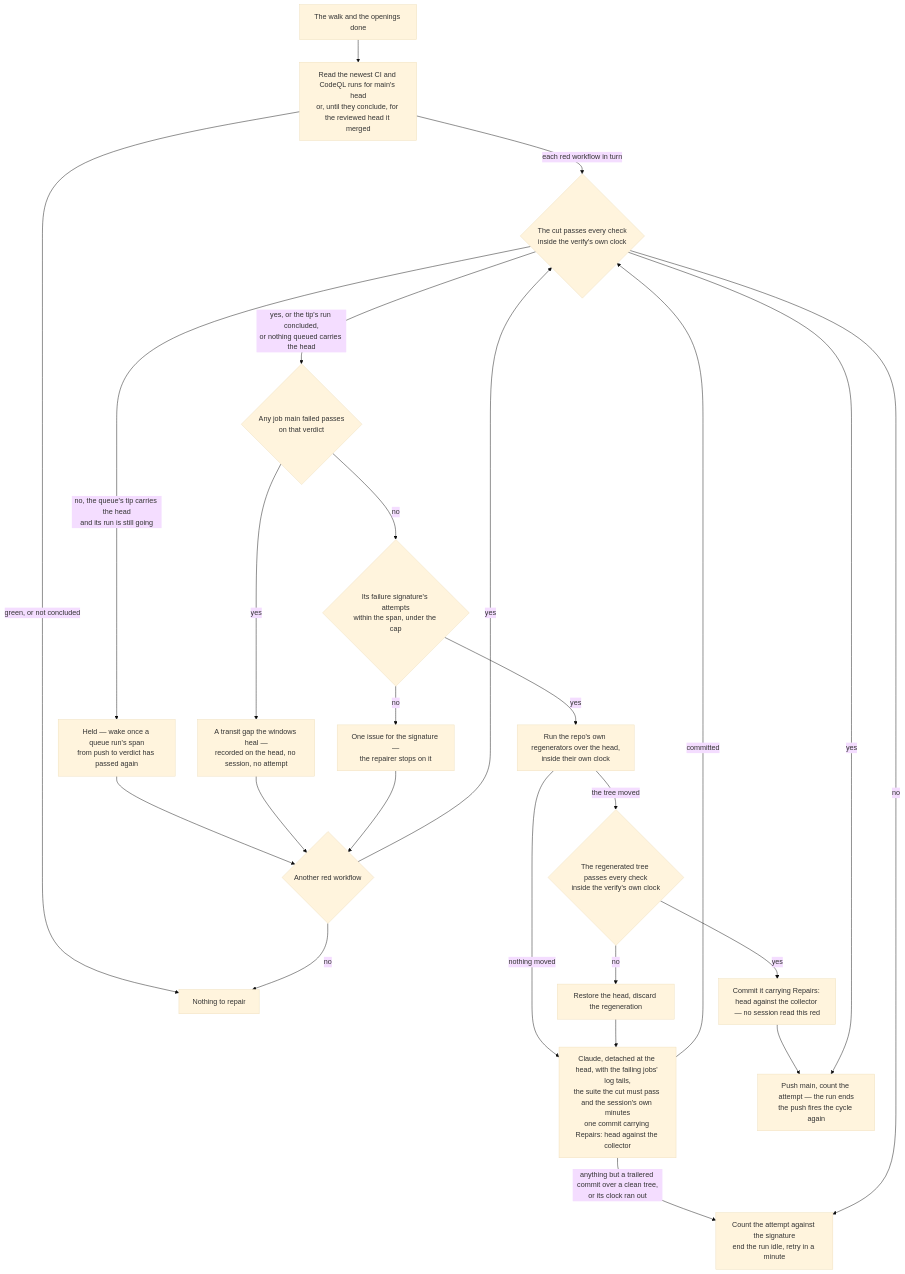
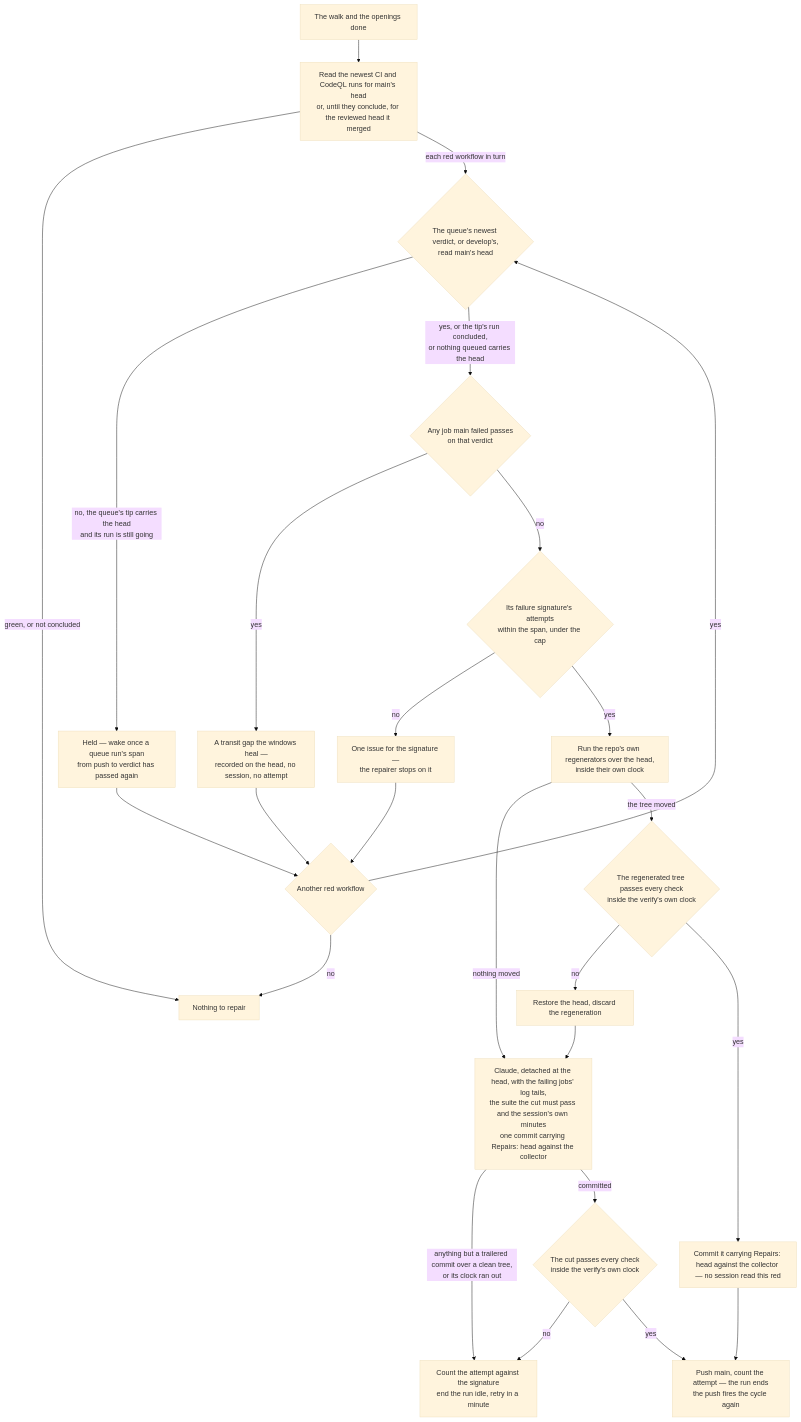
One commit to Esposter/Esposter changed the diagram in apps/web/content/docs/infra/review-collector/repair.md. Above: the diagram before and after it, drawn with Mermaid (base theme). The commit also changed other lines of this file and 6 other files, not shown here.

````diff
--- a/apps/web/content/docs/infra/review-collector/repair.md
+++ b/apps/web/content/docs/infra/review-collector/repair.md
@@ -14,23 +14,23 @@
 ```mermaid
 flowchart TD
   E[The walk and the openings done] --> R[Read the newest CI and CodeQL runs for main's head<br/>or, until they conclude, for the reviewed head it merged]
   R -->|green, or not concluded| L[Nothing to repair]
-  R -->|each red workflow in turn| V{The queue's newest verdict, or develop's,<br/>read main's head}
-  V -->|no, the queue's tip carries the head<br/>and its run is still going| H[Held — wake once a queue run's span<br/>from push to verdict has passed again] --> N
-  V -->|yes, or the tip's run concluded,<br/>or nothing queued carries the head| Q{Any job main failed passes<br/>on that verdict}
+  R -->|each red workflow in turn| QV{The queue's newest verdict, or develop's,<br/>read main's head}
+  QV -->|no, the queue's tip carries the head<br/>and its run is still going| H[Held — wake once a queue run's span<br/>from push to verdict has passed again] --> N
+  QV -->|yes, or the tip's run concluded,<br/>or nothing queued carries the head| Q{Any job main failed passes<br/>on that verdict}
   Q -->|yes| TG[A transit gap the windows heal —<br/>recorded on the head, no session, no attempt] --> N
   Q -->|no| S{Its failure signature's attempts<br/>within the span, under the cap}
   S -->|no| P[One issue for the signature —<br/>the repairer stops on it] --> N{Another red workflow}
-  N -->|yes| V
+  N -->|yes| QV
   N -->|no| L
   S -->|yes| G[Run the repo's own regenerators over the head,<br/>inside their own clock]
   G -->|nothing moved| C
   G -->|the tree moved| GV{The regenerated tree passes every check<br/>inside the verify's own clock}
   GV -->|no| RS[Restore the head, discard the regeneration] --> C
   GV -->|yes| GC[Commit it carrying Repairs: head against the collector — no session read this red] --> PU
   C[Claude, detached at the head, with the failing jobs' log tails,<br/>the suite the cut must pass and the session's own minutes<br/>one commit carrying Repairs: head against the collector]
   C -->|anything but a trailered commit over a clean tree,<br/>or its clock ran out| F[Count the attempt against the signature<br/>end the run idle, retry in a minute]
   C -->|committed| V{The cut passes every check<br/>inside the verify's own clock}
   V -->|no| F
   V -->|yes| PU[Push main, count the attempt — the run ends<br/>the push fires the cycle again]
 ```
````
